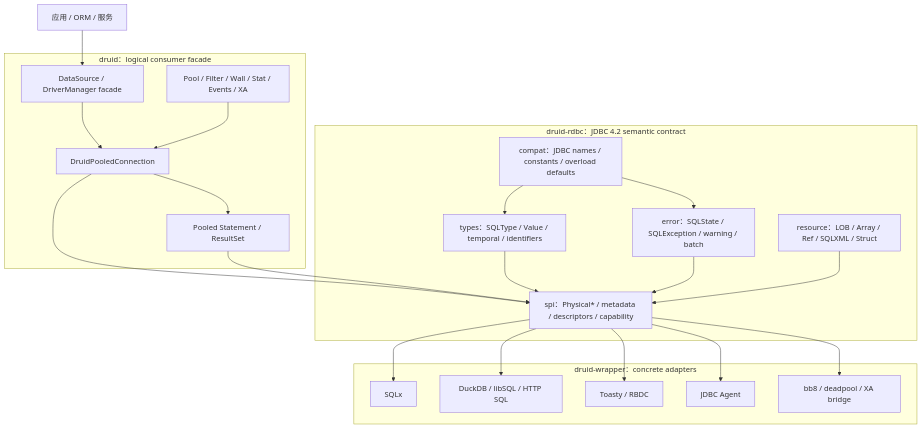
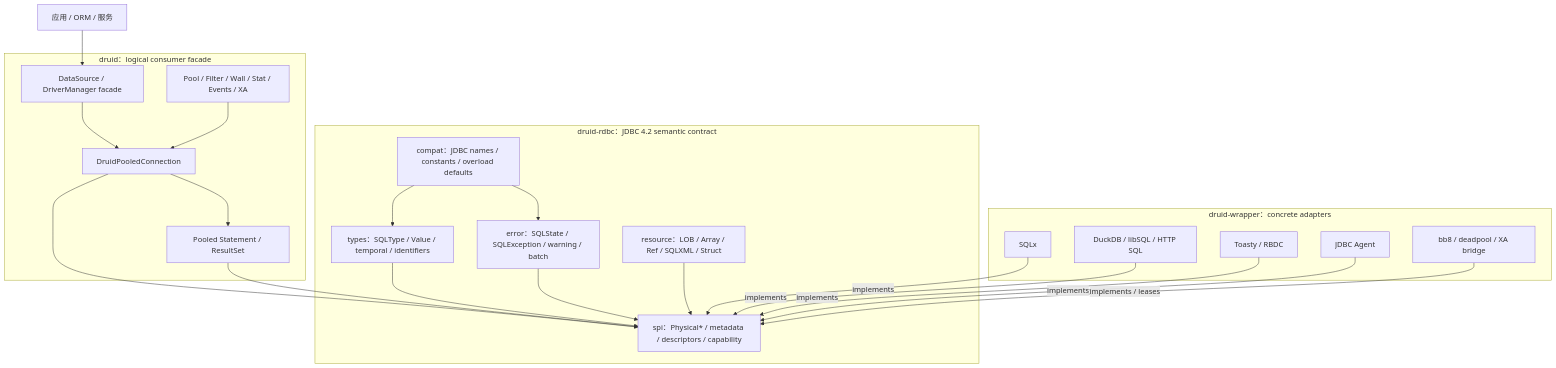
One commit to easy-4-rust/druid-rust changed the first of 5 diagrams in docs/superpowers/specs/2026-08-24-jdbc42-semantic-contract-design.md. Above: the diagram before and after it, drawn with Mermaid. The commit also changed other lines of this file, not shown here.

````diff
--- a/docs/superpowers/specs/2026-08-24-jdbc42-semantic-contract-design.md
+++ b/docs/superpowers/specs/2026-08-24-jdbc42-semantic-contract-design.md
@@ -73,42 +81,42 @@
 ```mermaid
 flowchart TB
     APP["应用 / ORM / 服务"]
 
     subgraph DRUID["druid：logical consumer facade"]
         DS["DataSource / DriverManager facade"]
         CONN["DruidPooledConnection"]
         STMT["Pooled Statement / ResultSet"]
         EXT["Pool / Filter / Wall / Stat / Events / XA"]
     end
 
     subgraph RDBC["druid-rdbc：JDBC 4.2 semantic contract"]
         TYPES["types：SQLType / Value / temporal / identifiers"]
         ERROR["error：SQLState / SQLException / warning / batch"]
         RESOURCE["resource：LOB / Array / Ref / SQLXML / Struct"]
         COMPAT["compat：JDBC names / constants / overload defaults"]
         SPI["spi：Physical* / metadata / descriptors / capability"]
     end
 
     subgraph WRAPPER["druid-wrapper：concrete adapters"]
         SQLX["SQLx"]
         DB["DuckDB / libSQL / HTTP SQL"]
         RUSTDB["Toasty / RBDC"]
         AGENT["JDBC Agent"]
         EXTERNAL["bb8 / deadpool / XA bridge"]
     end
 
     APP --> DS --> CONN --> STMT
     EXT --> CONN
     CONN --> SPI
     STMT --> SPI
     TYPES --> SPI
     ERROR --> SPI
     RESOURCE --> SPI
     COMPAT --> TYPES
     COMPAT --> ERROR
-    SPI --> SQLX
-    SPI --> DB
-    SPI --> RUSTDB
-    SPI --> AGENT
-    SPI --> EXTERNAL
+    SQLX -->|implements| SPI
+    DB -->|implements| SPI
+    RUSTDB -->|implements| SPI
+    AGENT -->|implements| SPI
+    EXTERNAL -->|implements / leases| SPI
 ```
````
